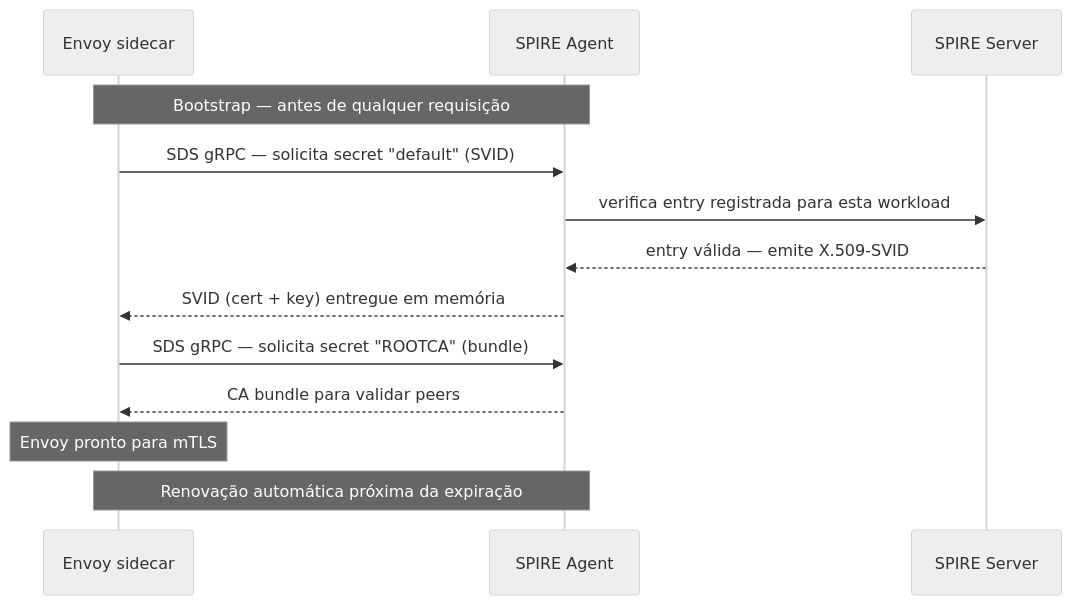
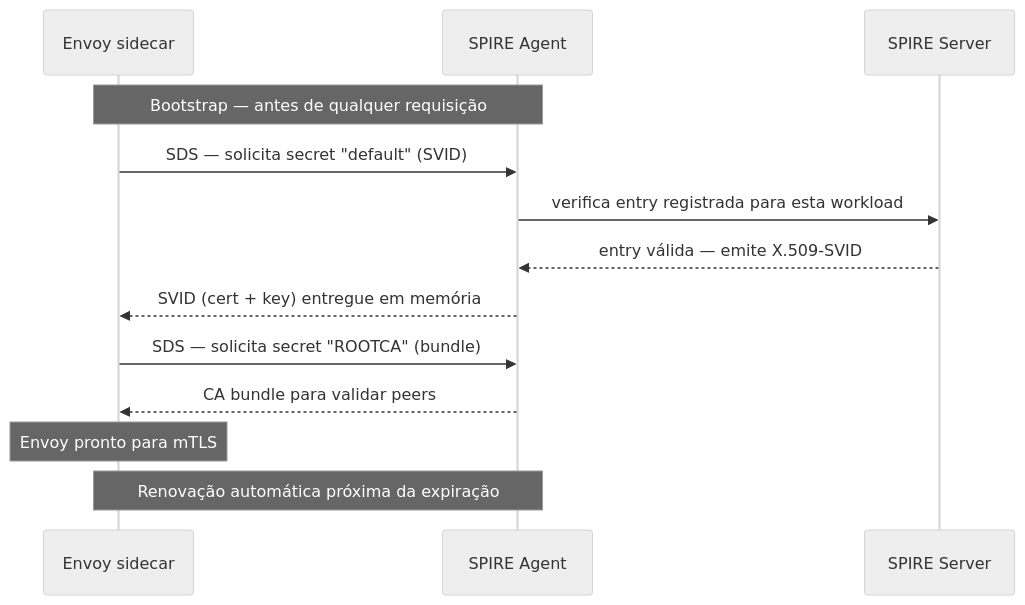
One commit to glmrleite/spiffe-spire-workload-identity-lab changed the second of 3 diagrams in lab02-mtls-envoy/README.md. Above: the diagram before and after it, drawn with Mermaid (neutral theme). The commit also changed other lines of this file and 3 other files, not shown here.

````diff
--- a/lab02-mtls-envoy/README.md
+++ b/lab02-mtls-envoy/README.md
@@ -64,18 +71,18 @@
 ```mermaid
 sequenceDiagram
     participant E as Envoy sidecar
     participant S as SPIRE Agent
     participant C as SPIRE Server
 
     Note over E,S: Bootstrap — antes de qualquer requisição
-    E->>S: SDS gRPC — solicita secret "default" (SVID)
+    E->>S: SDS — solicita secret "default" (SVID)
     S->>C: verifica entry registrada para esta workload
     C-->>S: entry válida — emite X.509-SVID
     S-->>E: SVID (cert + key) entregue em memória
 
-    E->>S: SDS gRPC — solicita secret "ROOTCA" (bundle)
+    E->>S: SDS — solicita secret "ROOTCA" (bundle)
     S-->>E: CA bundle para validar peers
 
     Note over E: Envoy pronto para mTLS
     Note over E,S: Renovação automática próxima da expiração
 ```
````
